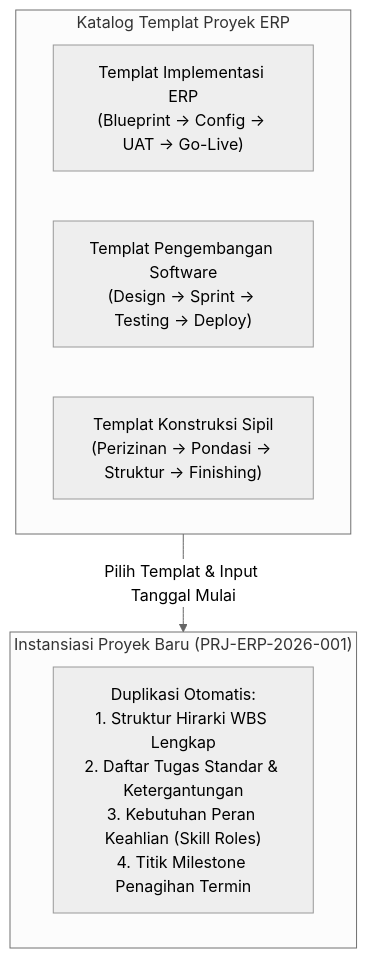
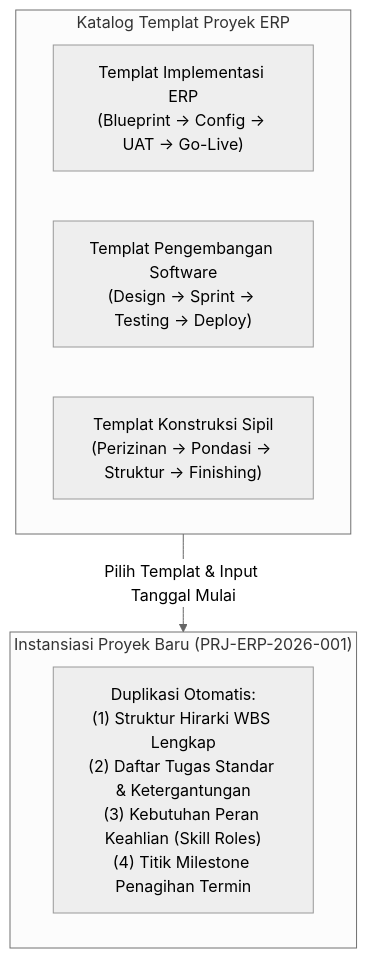
Before and after one commit to alimurrofid/erp-notes: the second of 3 diagrams in content/09-project/project-master-data.md, drawn with Mermaid (neutral theme). The commit also changed other lines of this file and 132 other files, not shown here.

````diff
--- a/content/09-project/project-master-data.md
+++ b/content/09-project/project-master-data.md
@@ -82,14 +82,14 @@
 ```mermaid
 flowchart TD
     subgraph TemplateRepo["Katalog Templat Proyek ERP"]
         T1["Templat Implementasi ERP<br/>(Blueprint -> Config -> UAT -> Go-Live)"]
         T2["Templat Pengembangan Software<br/>(Design -> Sprint -> Testing -> Deploy)"]
         T3["Templat Konstruksi Sipil<br/>(Perizinan -> Pondasi -> Struktur -> Finishing)"]
     end
 
     subgraph NewProject["Instansiasi Proyek Baru (PRJ-ERP-2026-001)"]
-        Inst["Duplikasi Otomatis:<br/>1. Struktur Hirarki WBS Lengkap<br/>2. Daftar Tugas Standar & Ketergantungan<br/>3. Kebutuhan Peran Keahlian (Skill Roles)<br/>4. Titik Milestone Penagihan Termin"]
+        Inst["Duplikasi Otomatis:<br/>(1) Struktur Hirarki WBS Lengkap<br/>(2) Daftar Tugas Standar & Ketergantungan<br/>(3) Kebutuhan Peran Keahlian (Skill Roles)<br/>(4) Titik Milestone Penagihan Termin"]
     end
 
     TemplateRepo -->|Pilih Templat & Input Tanggal Mulai| NewProject
 ```
````
